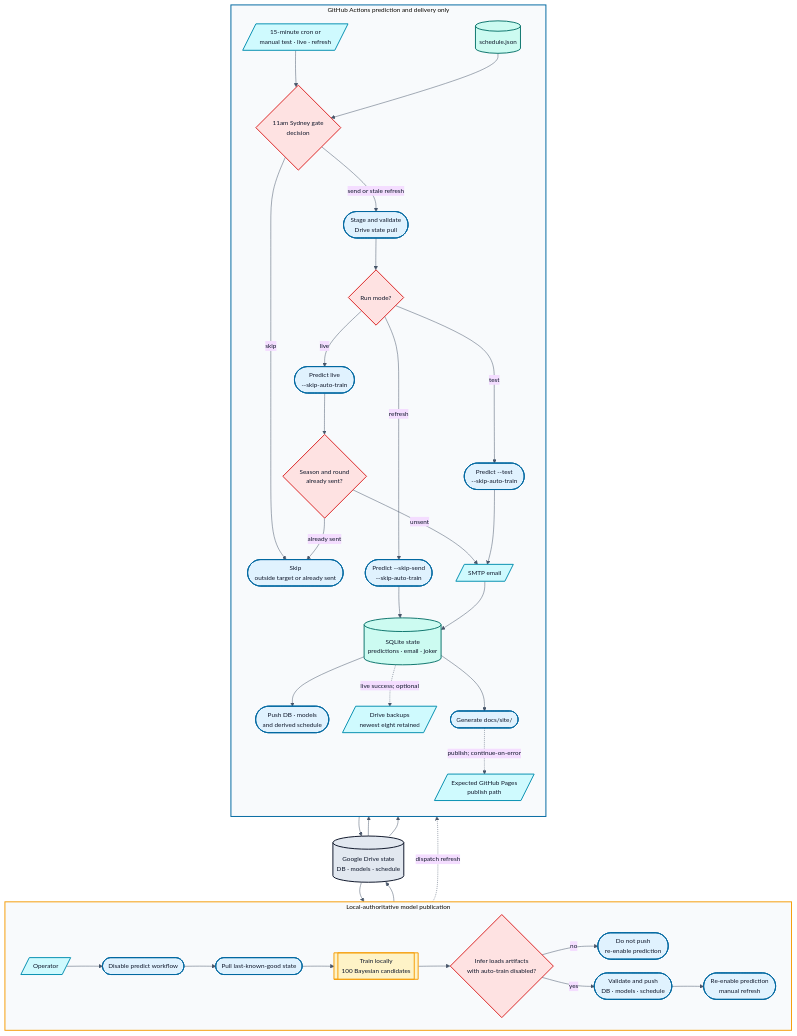
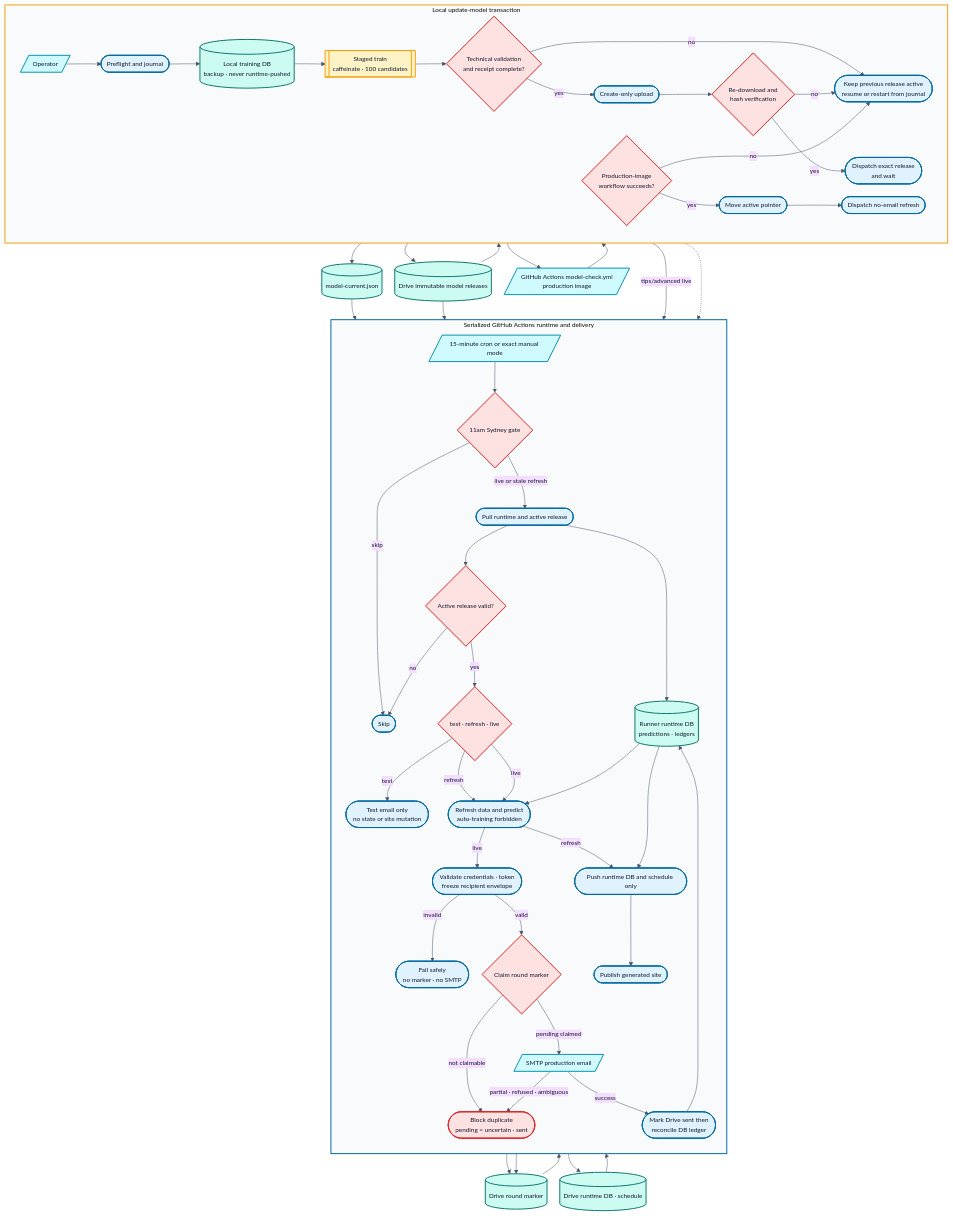
One commit to levonrush/footy-tipper changed the diagram in docs/diagrams/operations-state.mmd. Above: the diagram before and after it, drawn with Mermaid. The commit also changed 50 other files, not shown here.

Commit message:
Ship safe operator CLI and model releases

```diff
--- a/docs/diagrams/operations-state.mmd
+++ b/docs/diagrams/operations-state.mmd
@@ -1,83 +1,105 @@
-%%{init: {"theme":"base","flowchart":{"curve":"basis","nodeSpacing":28,"rankSpacing":40},"themeVariables":{"fontFamily":"Inter, Arial, sans-serif","fontSize":"13px","primaryTextColor":"#0F172A","lineColor":"#475569","background":"transparent"}}}%%
+%%{init: {"theme":"base","flowchart":{"curve":"basis","nodeSpacing":26,"rankSpacing":38},"themeVariables":{"fontFamily":"Inter, Arial, sans-serif","fontSize":"13px","primaryTextColor":"#0F172A","lineColor":"#475569","background":"transparent"}}}%%
 flowchart TB
-  DRIVE[(Google Drive state<br/>DB · models · schedule)]
+  DRIVE_RELEASES[(Drive immutable model releases)]
+  POINTER[(model-current.json)]
+  DRIVE_RUNTIME[(Drive runtime DB · schedule)]
+  DELIVERY_STATE[(Drive round marker)]
+  MODEL_CHECK[/GitHub Actions model-check.yml<br/>production image/]
 
-  subgraph LOCAL[Local-authoritative model publication]
+  subgraph LOCAL[Local update-model transaction]
     direction LR
     OP[/Operator/]
-    PAUSE([Disable predict workflow])
-    LPULL([Pull last-known-good state])
-    TRAIN[[Train locally<br/>100 Bayesian candidates]]
-    CHECK{Infer loads artifacts<br/>with auto-train disabled?}
-    HOLD([Do not push<br/>re-enable prediction])
-    LPUSH([Validate and push<br/>DB · models · schedule])
-    RESUME([Re-enable prediction<br/>manual refresh])
+    PREFLIGHT([Preflight and journal])
+    TRAIN_DB[(Local training DB<br/>backup · never runtime-pushed)]
+    TRAIN[[Staged train<br/>caffeinate · 100 candidates]]
+    VALIDATE{Technical validation<br/>and receipt complete?}
+    UPLOAD([Create-only upload])
+    REDOWNLOAD{Re-download and<br/>hash verification}
+    REQUEST_CHECK([Dispatch exact release<br/>and wait])
+    CHECK_RESULT{Production-image<br/>workflow succeeds?}
+    ACTIVATE([Move active pointer])
+    REFRESH([Dispatch no-email refresh])
+    KEEP([Keep previous release active<br/>resume or restart from journal])
 
-    OP --> PAUSE --> LPULL --> TRAIN --> CHECK
-    CHECK -->|no| HOLD
-    CHECK -->|yes| LPUSH --> RESUME
+    OP --> PREFLIGHT --> TRAIN_DB --> TRAIN --> VALIDATE
+    VALIDATE -->|no| KEEP
+    VALIDATE -->|yes| UPLOAD --> REDOWNLOAD
+    REDOWNLOAD -->|no| KEEP
+    REDOWNLOAD -->|yes| REQUEST_CHECK
+    CHECK_RESULT -->|no| KEEP
+    CHECK_RESULT -->|yes| ACTIVATE --> REFRESH
   end
 
-  DRIVE --> LPULL
-  LPUSH --> DRIVE
+  UPLOAD --> DRIVE_RELEASES
+  DRIVE_RELEASES --> REDOWNLOAD
+  REQUEST_CHECK --> MODEL_CHECK --> CHECK_RESULT
+  ACTIVATE --> POINTER
 
-  subgraph CLOUD[GitHub Actions prediction and delivery only]
+  subgraph CLOUD[Serialized GitHub Actions runtime and delivery]
     direction TB
-    TRIGGER[/15-minute cron or<br/>manual test · live · refresh/]
-    SCHEDULE[(schedule.json)]
-    GATE{11am Sydney gate<br/>decision}
-    SKIP([Skip<br/>outside target or already sent])
-    PULL([Stage and validate<br/>Drive state pull])
-    MODE{Run mode?}
-    REFRESH([Predict --skip-send<br/>--skip-auto-train])
-    TEST([Predict --test<br/>--skip-auto-train])
-    LIVE([Predict live<br/>--skip-auto-train])
-    LEDGER{Season and round<br/>already sent?}
-    EMAIL[/SMTP email/]
-    DB[(SQLite state<br/>predictions · email · joker)]
-    PUSH([Push DB · models<br/>and derived schedule])
-    BACKUP[/Drive backups<br/>newest eight retained/]
-    SITE([Generate docs/site/])
-    PAGES[/Expected GitHub Pages<br/>publish path/]
+    TRIGGER[/15-minute cron or exact manual mode/]
+    GATE{11am Sydney gate}
+    SKIP([Skip])
+    PULL([Pull runtime and active release])
+    RUNTIME_DB[(Runner runtime DB<br/>predictions · ledgers)]
+    CHECK{Active release valid?}
+    MODE{test · refresh · live}
+    TEST([Test email only<br/>no state or site mutation])
+    PREDICT([Refresh data and predict<br/>auto-training forbidden])
+    PREPARE([Validate credentials · token<br/>freeze recipient envelope])
+    NO_CLAIM([Fail safely<br/>no marker · no SMTP])
+    CLAIM{Claim round marker}
+    BLOCK([Block duplicate<br/>pending = uncertain · sent])
+    SMTP[/SMTP production email/]
+    RECONCILE([Mark Drive sent then<br/>reconcile DB ledger])
+    PUSH([Push runtime DB and schedule only])
+    SITE([Publish generated site])
 
     TRIGGER --> GATE
-    SCHEDULE --> GATE
     GATE -->|skip| SKIP
-    GATE -->|send or stale refresh| PULL
-    PULL --> MODE
-    MODE -->|refresh| REFRESH
+    GATE -->|live or stale refresh| PULL
+    PULL --> RUNTIME_DB
+    PULL --> CHECK
+    CHECK -->|no| SKIP
+    CHECK -->|yes| MODE
     MODE -->|test| TEST
-    MODE -->|live| LIVE
-    LIVE --> LEDGER
-    LEDGER -->|already sent| SKIP
-    LEDGER -->|unsent| EMAIL
-    TEST --> EMAIL
-    REFRESH --> DB
-    EMAIL --> DB
-    DB --> PUSH
-    DB -.->|live success; optional| BACKUP
-    DB --> SITE
-    SITE -.->|publish; continue-on-error| PAGES
+    MODE -->|refresh| PREDICT
+    MODE -->|live| PREDICT
+    RUNTIME_DB --> PREDICT
+    PREDICT -->|refresh| PUSH
+    PREDICT -->|live| PREPARE
+    PREPARE -->|invalid| NO_CLAIM
+    PREPARE -->|valid| CLAIM
+    CLAIM -->|not claimable| BLOCK
+    CLAIM -->|pending claimed| SMTP
+    SMTP -->|success| RECONCILE
+    SMTP -->|partial · refused · ambiguous| BLOCK
+    RECONCILE --> RUNTIME_DB
+    RUNTIME_DB --> PUSH
+    PUSH --> SITE
   end
 
-  DRIVE --> SCHEDULE
-  DRIVE --> PULL
-  PUSH --> DRIVE
-  RESUME -.->|dispatch refresh| TRIGGER
+  POINTER --> PULL
+  DRIVE_RELEASES --> PULL
+  DRIVE_RUNTIME --> PULL
+  OP -->|tips/advanced live| TRIGGER
+  CLAIM --> DELIVERY_STATE
+  DELIVERY_STATE --> CLAIM
+  RECONCILE --> DELIVERY_STATE
+  PUSH --> DRIVE_RUNTIME
+  REFRESH -.-> TRIGGER
 
   classDef source fill:#CFFAFE,stroke:#0891B2,color:#0F172A,stroke-width:2px;
   classDef process fill:#E0F2FE,stroke:#0369A1,color:#0F172A,stroke-width:2px;
   classDef data fill:#CCFBF1,stroke:#0F766E,color:#0F172A,stroke-width:2px;
   classDef model fill:#FEF3C7,stroke:#F59E0B,color:#0F172A,stroke-width:2px;
   classDef decision fill:#FEE2E2,stroke:#DC2626,color:#0F172A,stroke-width:2px;
-  classDef state fill:#E2E8F0,stroke:#0F172A,color:#0F172A,stroke-width:2px;
 
-  class OP,TRIGGER,EMAIL,BACKUP,PAGES source;
-  class PAUSE,LPULL,HOLD,LPUSH,RESUME,SKIP,PULL,REFRESH,TEST,LIVE,PUSH,SITE process;
-  class SCHEDULE,DB data;
+  class OP,TRIGGER,SMTP,MODEL_CHECK source;
+  class PREFLIGHT,UPLOAD,REQUEST_CHECK,ACTIVATE,REFRESH,KEEP,SKIP,PULL,TEST,PREDICT,PREPARE,NO_CLAIM,RECONCILE,PUSH,SITE process;
+  class TRAIN_DB,DRIVE_RELEASES,POINTER,DRIVE_RUNTIME,DELIVERY_STATE,RUNTIME_DB data;
   class TRAIN model;
-  class CHECK,GATE,MODE,LEDGER decision;
-  class DRIVE state;
+  class VALIDATE,REDOWNLOAD,CHECK_RESULT,GATE,CHECK,MODE,CLAIM,BLOCK decision;
 
   style LOCAL fill:#F8FAFC,stroke:#F59E0B,stroke-width:2px
   style CLOUD fill:#F8FAFC,stroke:#0369A1,stroke-width:2px
```
